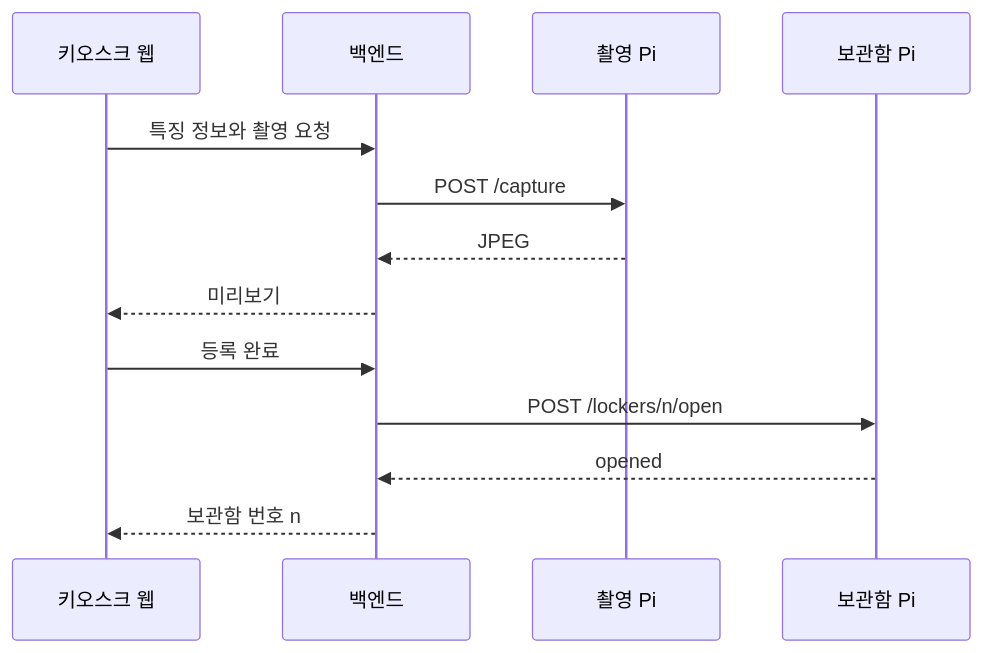
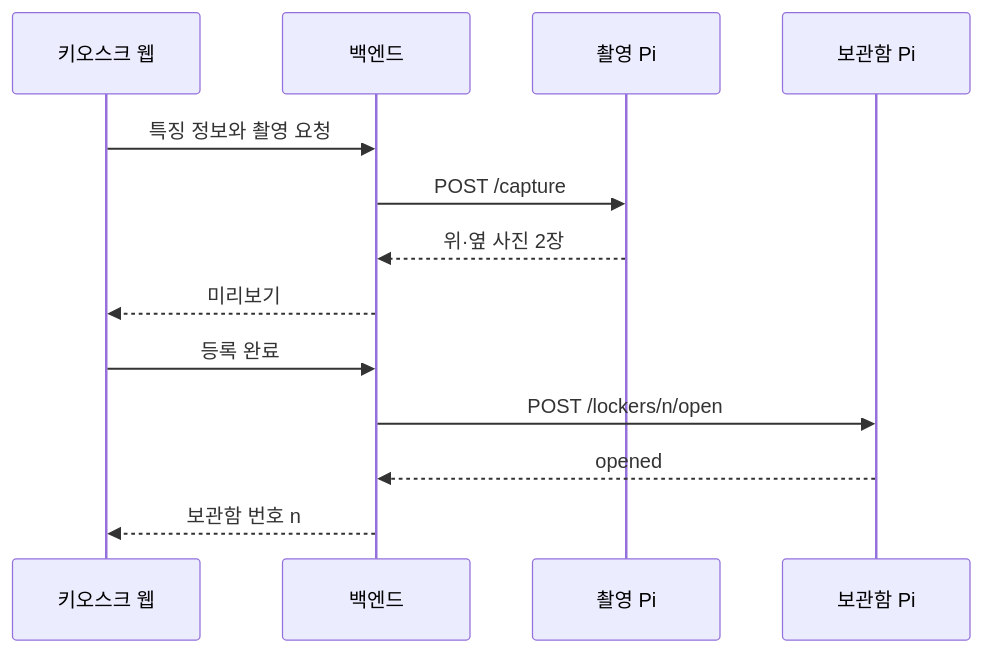
One commit to CloudAIoT/smart-lost-found changed the first of 2 diagrams in docs/device-protocol.md. Above: the diagram before and after it, drawn with Mermaid. The commit also changed other lines of this file, not shown here.

````diff
--- a/docs/device-protocol.md
+++ b/docs/device-protocol.md
@@ -115,15 +131,15 @@
 ```mermaid
 sequenceDiagram
     participant W as 키오스크 웹
     participant B as 백엔드
     participant C as 촬영 Pi
     participant L as 보관함 Pi
     W->>B: 특징 정보와 촬영 요청
     B->>C: POST /capture
-    C-->>B: JPEG
+    C-->>B: 위·옆 사진 2장
     B-->>W: 미리보기
     W->>B: 등록 완료
     B->>L: POST /lockers/n/open
     L-->>B: opened
     B-->>W: 보관함 번호 n
 ```
````
